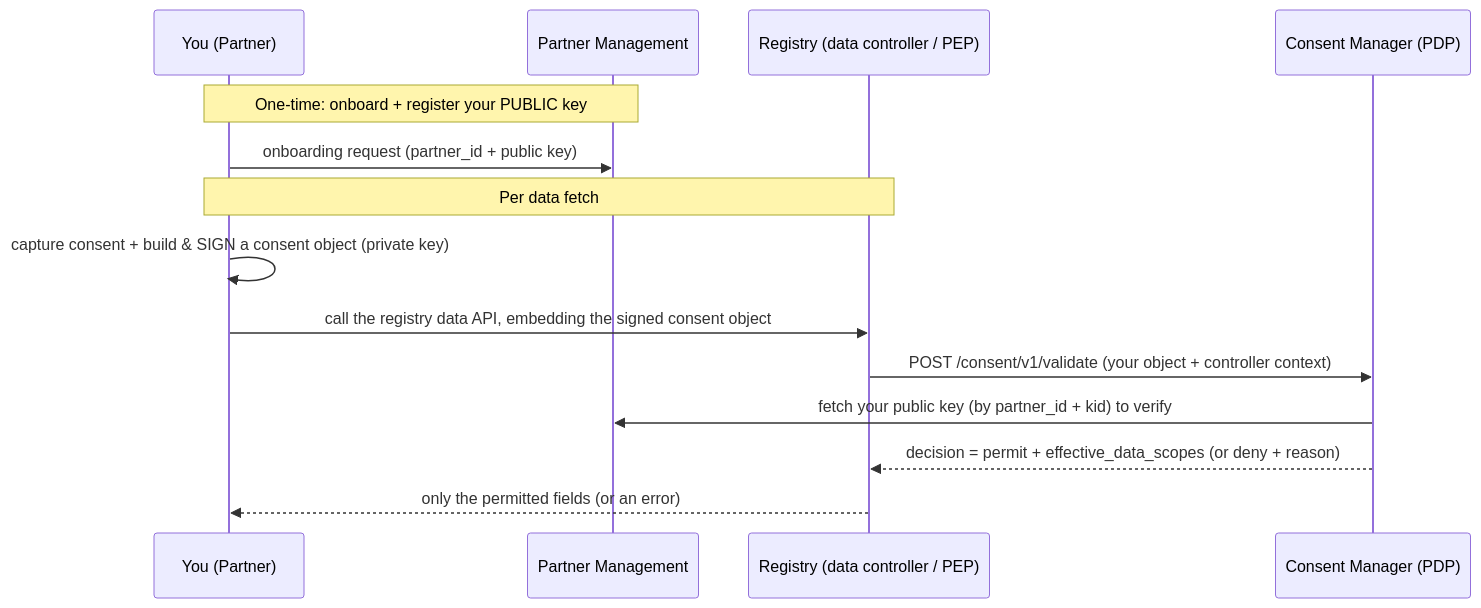
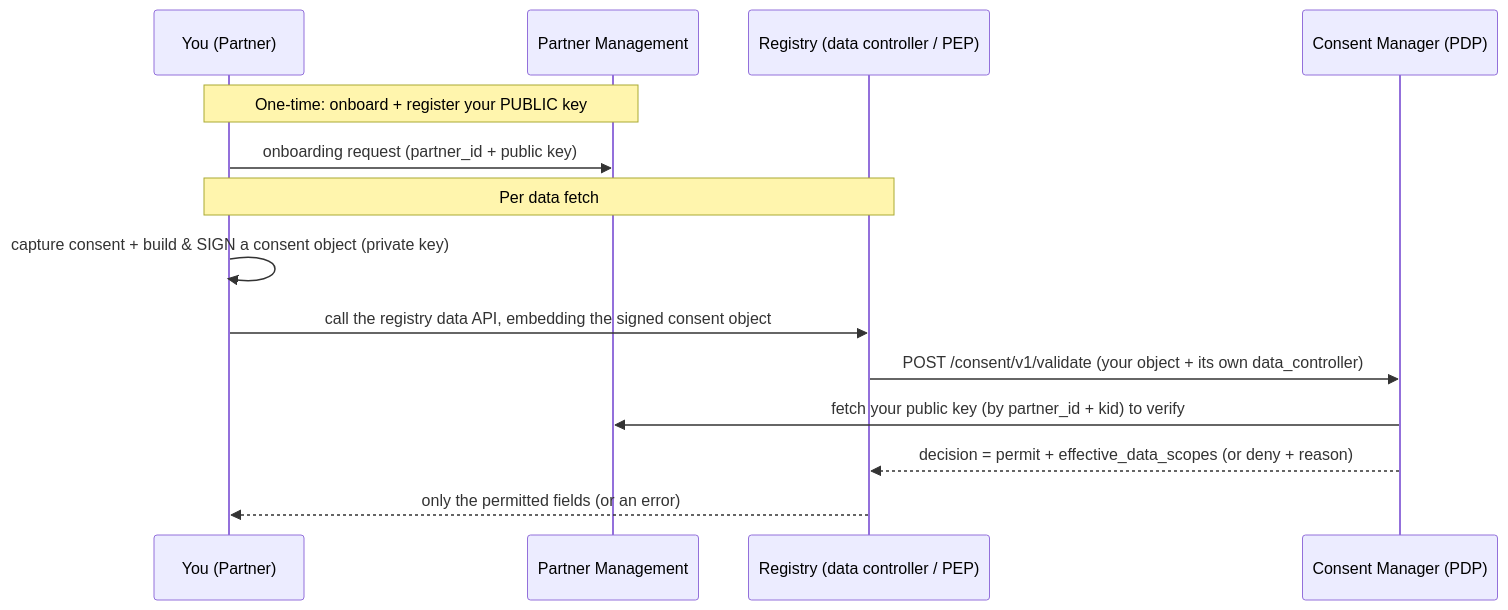
The diagram in consent-management/partner-integration-guide.md (OpenG2P/openg2p-documentation), drawn with Mermaid before and after one commit. The commit also changed other lines of this file and 19 other files, not shown here.

Commit message:
G2P-5719 Consent docs: one consent with a grant per registry, data_controller on /validate, per-controller bindings, registry subject enforcement; consentDataController chart value; enforcement switches default on

````diff
--- a/consent-management/partner-integration-guide.md
+++ b/consent-management/partner-integration-guide.md
@@ -16,16 +16,16 @@
 ```mermaid
 sequenceDiagram
   participant P as You (Partner)
   participant PM as Partner Management
   participant R as Registry (data controller / PEP)
   participant CM as Consent Manager (PDP)
   Note over P,PM: One-time: onboard + register your PUBLIC key
   P->>PM: onboarding request (partner_id + public key)
   Note over P,R: Per data fetch
   P->>P: capture consent + build & SIGN a consent object (private key)
   P->>R: call the registry data API, embedding the signed consent object
-  R->>CM: POST /consent/v1/validate (your object + controller context)
+  R->>CM: POST /consent/v1/validate (your object + its own data_controller)
   CM->>PM: fetch your public key (by partner_id + kid) to verify
   CM-->>R: decision = permit + effective_data_scopes (or deny + reason)
   R-->>P: only the permitted fields (or an error)
 ```
````
